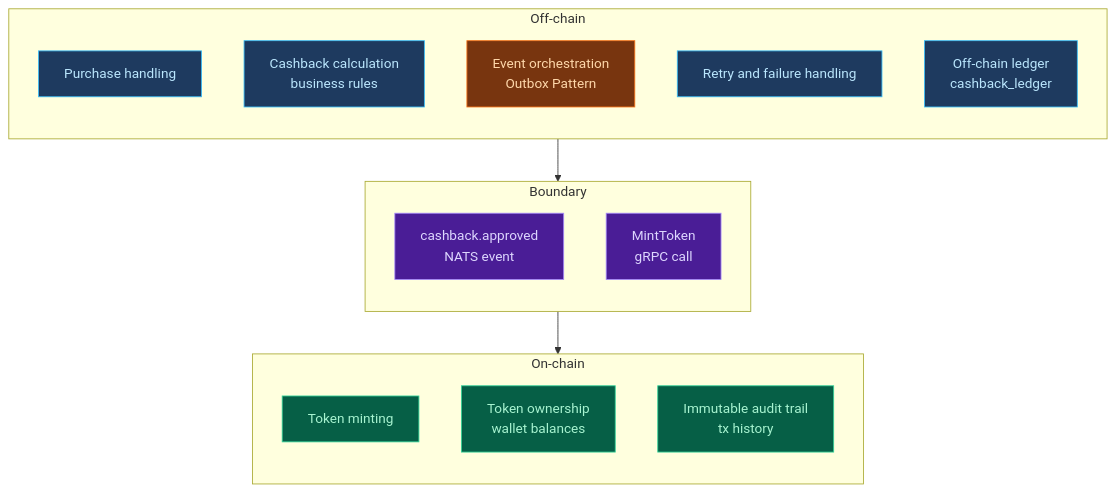
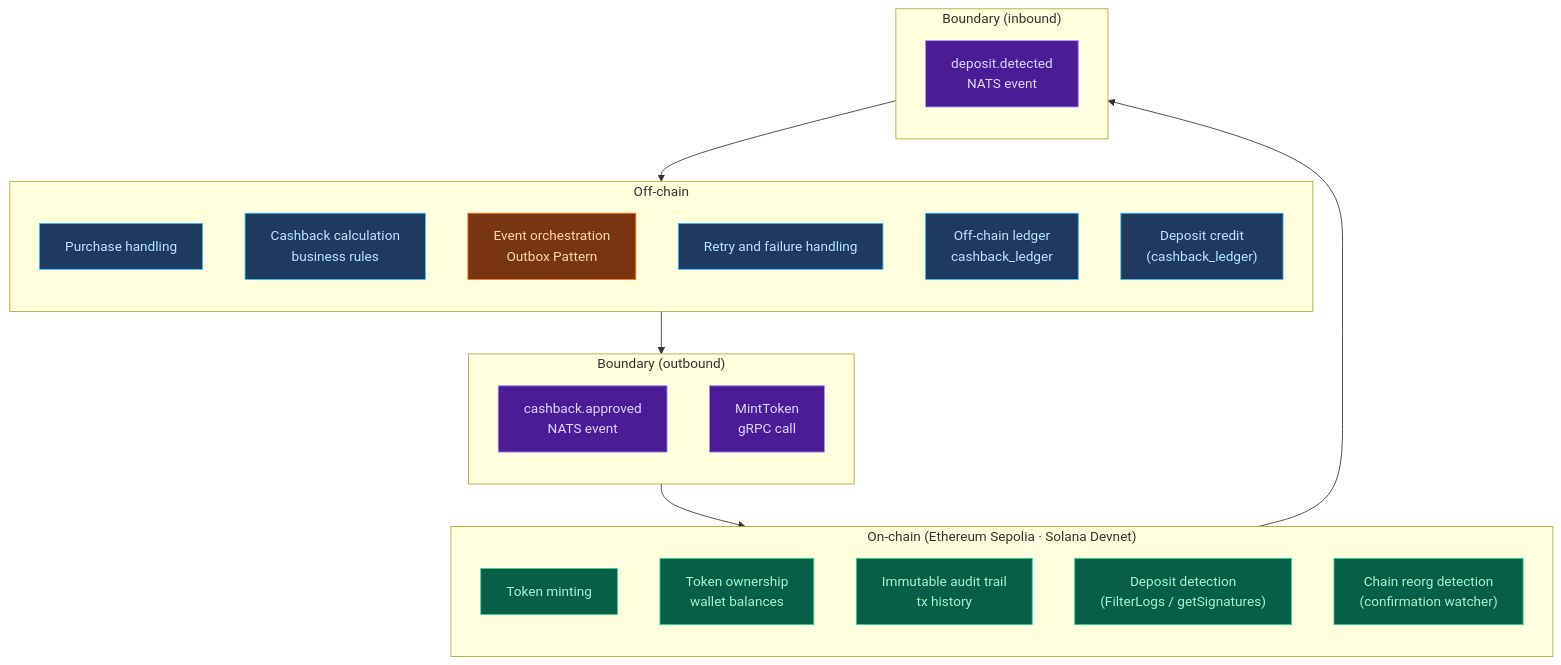
The diagram in docs/diagrams/02-offchain-vs-onchain.md (fascari/cashback-platform), drawn with Mermaid before and after one commit. The commit also changed other lines of this file and 2 other files, not shown here.

Commit message:
Update architecture docs for multi-chain support
Reflects Solana addition: ChainClient interface, deposit monitoring, chain reorg handling, Redis distributed lock for nonce serialization. Fixes cashback-service-deposits consumer name to cashback-service-api-deposits. Updates off-chain/on-chain diagram and repository structure diagram.

````diff
--- a/docs/diagrams/02-offchain-vs-onchain.md
+++ b/docs/diagrams/02-offchain-vs-onchain.md
@@ -3,37 +5,50 @@
 ```mermaid
 flowchart TD
     subgraph OFFCHAIN["Off-chain"]
         direction TB
         OC1["Purchase handling"]
         OC2["Cashback calculation\nbusiness rules"]
         OC3["Event orchestration\nOutbox Pattern"]
         OC4["Retry and failure handling"]
         OC5["Off-chain ledger\ncashback_ledger"]
+        OC6["Deposit credit\n(cashback_ledger)"]
     end
 
-    subgraph BOUNDARY["Boundary"]
+    subgraph BOUNDARY["Boundary (outbound)"]
         direction TB
         B1["cashback.approved\nNATS event"]
         B2["MintToken\ngRPC call"]
     end
 
-    subgraph ONCHAIN["On-chain"]
+    subgraph ONCHAIN["On-chain (Ethereum Sepolia · Solana Devnet)"]
         direction TB
         ON1["Token minting"]
         ON2["Token ownership\nwallet balances"]
         ON3["Immutable audit trail\ntx history"]
+        ON4["Deposit detection\n(FilterLogs / getSignatures)"]
+        ON5["Chain reorg detection\n(confirmation watcher)"]
+    end
+
+    subgraph BOUNDARY2["Boundary (inbound)"]
+        direction TB
+        B3["deposit.detected\nNATS event"]
     end
 
     OFFCHAIN --> BOUNDARY --> ONCHAIN
+    ON4 --> B3 --> OC6
 
     style OC1 fill:#1e3a5f,color:#bae6fd,stroke:#38bdf8
     style OC2 fill:#1e3a5f,color:#bae6fd,stroke:#38bdf8
     style OC3 fill:#78350f,color:#fed7aa,stroke:#f97316
     style OC4 fill:#1e3a5f,color:#bae6fd,stroke:#38bdf8
     style OC5 fill:#1e3a5f,color:#bae6fd,stroke:#38bdf8
+    style OC6 fill:#1e3a5f,color:#bae6fd,stroke:#38bdf8
     style B1  fill:#4a1d96,color:#ddd6fe,stroke:#a78bfa
     style B2  fill:#4a1d96,color:#ddd6fe,stroke:#a78bfa
+    style B3  fill:#4a1d96,color:#ddd6fe,stroke:#a78bfa
     style ON1 fill:#065f46,color:#a7f3d0,stroke:#34d399
     style ON2 fill:#065f46,color:#a7f3d0,stroke:#34d399
     style ON3 fill:#065f46,color:#a7f3d0,stroke:#34d399
+    style ON4 fill:#065f46,color:#a7f3d0,stroke:#34d399
+    style ON5 fill:#065f46,color:#a7f3d0,stroke:#34d399
 ```
````
